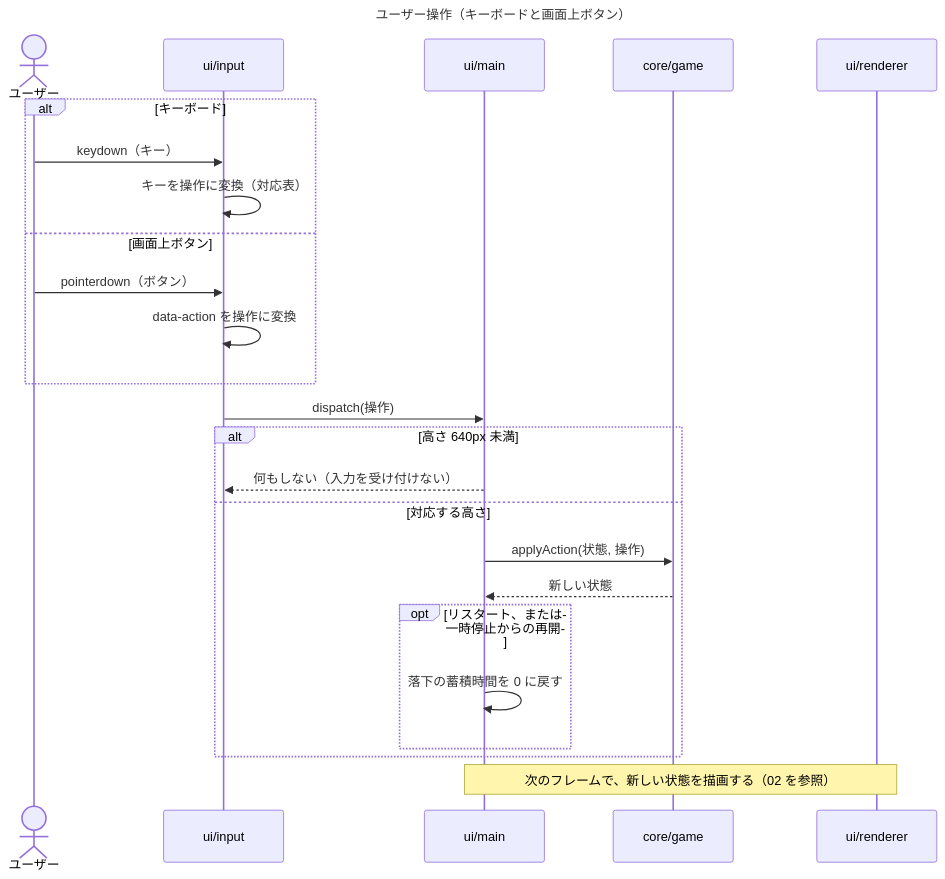
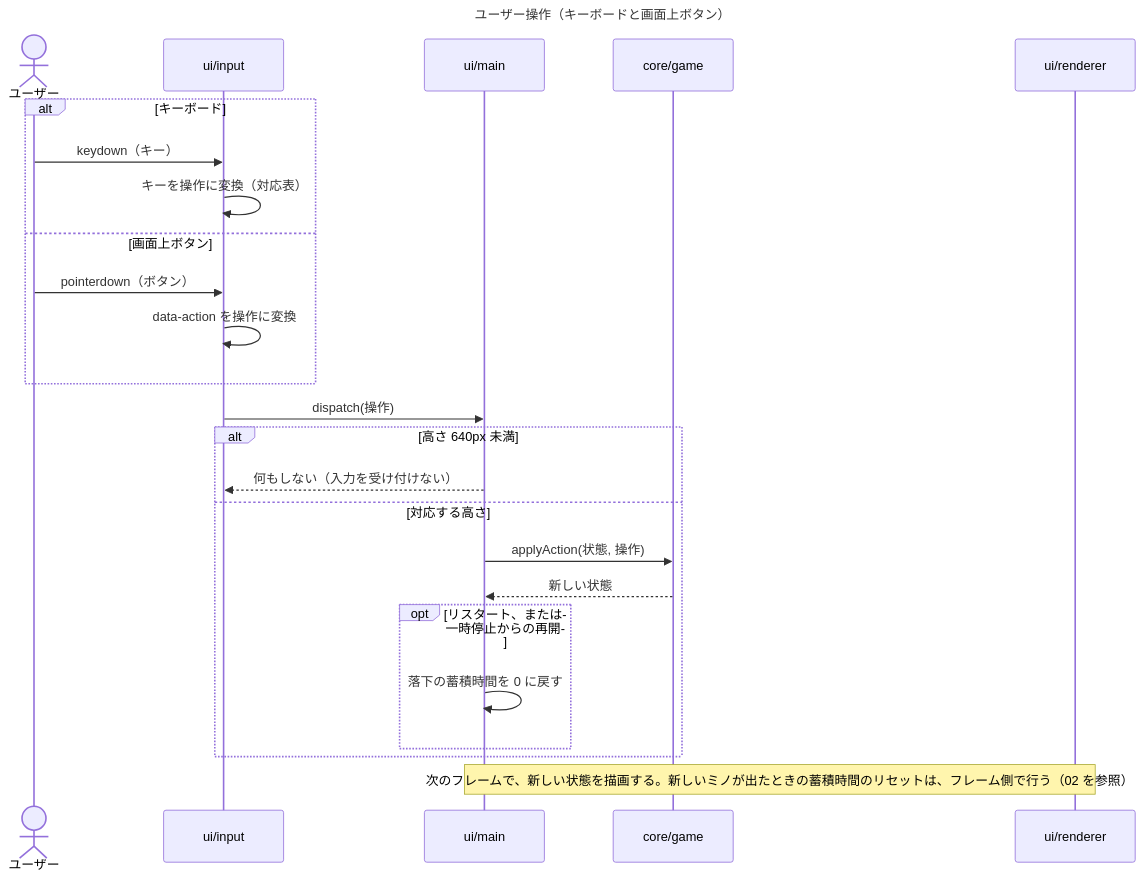
Before and after one commit to yoshimaru0419/mobile-claude-test: the diagram in docs/diagrams/basic/03-user-input.mmd, drawn with Mermaid. The commit also changed 2 other files, not shown here.

Commit message:
API-108: 基本設計のシーケンス図に、レビューの指摘を反映する
- 01: 最初のミノが操作中であること、supported の保持、Canvas を取得できないときの中断を追記
- 02: 新しいミノが出たときの蓄積時間のリセットを追記
- 03: 蓄積時間のリセットが、フレーム側で行われることを追記

Claude-Session: https://claude.ai/code/session_01SLyViCpsEUmns7ooqFMtYc

```diff
--- a/docs/diagrams/basic/03-user-input.mmd
+++ b/docs/diagrams/basic/03-user-input.mmd
@@ -1,27 +1,27 @@
 ---
 title: ユーザー操作（キーボードと画面上ボタン）
 ---
 sequenceDiagram
   actor U as ユーザー
   participant I as ui/input
   participant M as ui/main
   participant G as core/game
   participant R as ui/renderer
   alt キーボード
     U->>I: keydown（キー）
     I->>I: キーを操作に変換（対応表）
   else 画面上ボタン
     U->>I: pointerdown（ボタン）
     I->>I: data-action を操作に変換
   end
   I->>M: dispatch(操作)
   alt 高さ 640px 未満
     M-->>I: 何もしない（入力を受け付けない）
   else 対応する高さ
     M->>G: applyAction(状態, 操作)
     G-->>M: 新しい状態
     opt リスタート、または一時停止からの再開
       M->>M: 落下の蓄積時間を 0 に戻す
     end
   end
-  Note over M,R: 次のフレームで、新しい状態を描画する（02 を参照）
+  Note over M,R: 次のフレームで、新しい状態を描画する。新しいミノが出たときの蓄積時間のリセットは、フレーム側で行う（02 を参照）
```
